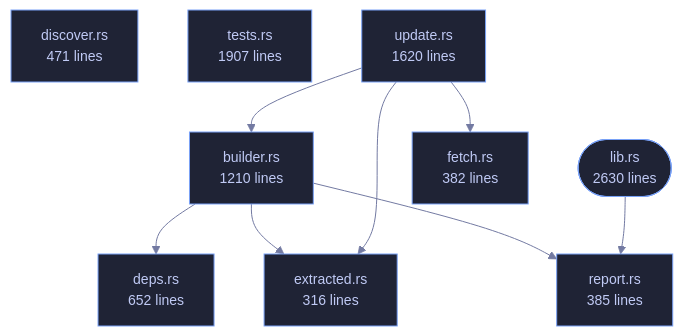
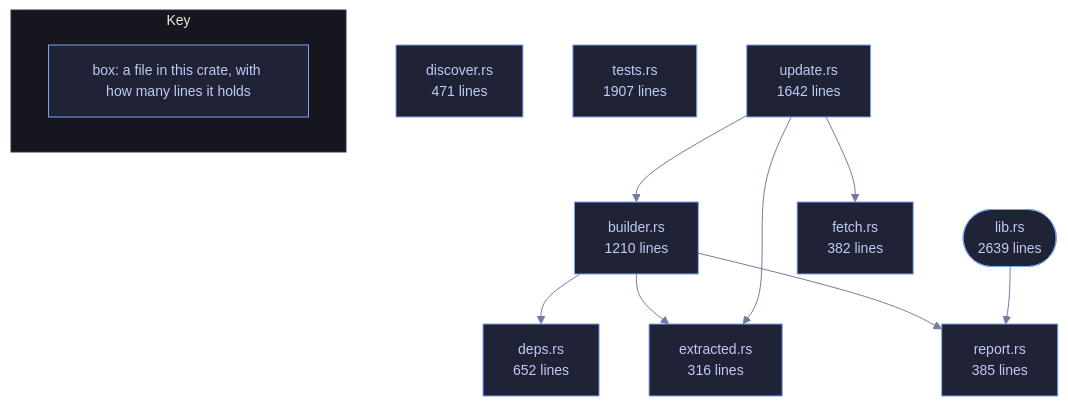
The diagram in crates/veilvoice-verify/README.md (tilas01/veilvoice), drawn with Mermaid before and after one commit. The commit also changed other lines of this file and 1510 other files, not shown here.

First line of the commit message:
Regenerate the documentation, wiki, site, graphs and measured numbers

````diff
--- a/crates/veilvoice-verify/README.md
+++ b/crates/veilvoice-verify/README.md
@@ -99,29 +99,33 @@
 ```mermaid
 %%{init: {"theme":"base","themeVariables":{"background":"#1a1b26","primaryColor":"#1f2335","primaryTextColor":"#c0caf5","primaryBorderColor":"#7aa2f7","secondaryColor":"#16161e","tertiaryColor":"#16161e","lineColor":"#737aa2","textColor":"#c0caf5","mainBkg":"#1f2335","nodeBorder":"#7aa2f7","clusterBkg":"#16161e","clusterBorder":"#2f3549","fontFamily":"ui-monospace, SFMono-Regular, Consolas, monospace","fontSize":"14px"}}}%%
 flowchart TD
-    n_lib(["lib.rs<br/>2630 lines"])
+    n_lib(["lib.rs<br/>2639 lines"])
     n_builder["builder.rs<br/>1210 lines"]
     n_deps["deps.rs<br/>652 lines"]
     n_discover["discover.rs<br/>471 lines"]
     n_extracted["extracted.rs<br/>316 lines"]
     n_fetch["fetch.rs<br/>382 lines"]
     n_report["report.rs<br/>385 lines"]
     n_tests["tests.rs<br/>1907 lines"]
-    n_update["update.rs<br/>1620 lines"]
+    n_update["update.rs<br/>1642 lines"]
     n_builder --> n_deps
     n_builder --> n_extracted
     n_builder --> n_report
     n_lib --> n_report
     n_update --> n_builder
     n_update --> n_extracted
     n_update --> n_fetch
     click n_lib href "https://github.com/tilas01/veilvoice/blob/main/crates/veilvoice-verify/src/lib.rs" "open the source"
     click n_builder href "https://github.com/tilas01/veilvoice/blob/main/crates/veilvoice-verify/src/builder.rs" "open the source"
     click n_deps href "https://github.com/tilas01/veilvoice/blob/main/crates/veilvoice-verify/src/deps.rs" "open the source"
     click n_discover href "https://github.com/tilas01/veilvoice/blob/main/crates/veilvoice-verify/src/discover.rs" "open the source"
     click n_extracted href "https://github.com/tilas01/veilvoice/blob/main/crates/veilvoice-verify/src/extracted.rs" "open the source"
     click n_fetch href "https://github.com/tilas01/veilvoice/blob/main/crates/veilvoice-verify/src/fetch.rs" "open the source"
     click n_report href "https://github.com/tilas01/veilvoice/blob/main/crates/veilvoice-verify/src/report.rs" "open the source"
     click n_tests href "https://github.com/tilas01/veilvoice/blob/main/crates/veilvoice-verify/src/tests.rs" "open the source"
     click n_update href "https://github.com/tilas01/veilvoice/blob/main/crates/veilvoice-verify/src/update.rs" "open the source"
+    subgraph chart_key ["Key"]
+        direction LR
+        key_box["box: a file in this crate, with how many lines it holds"]
+    end
 ```
````
